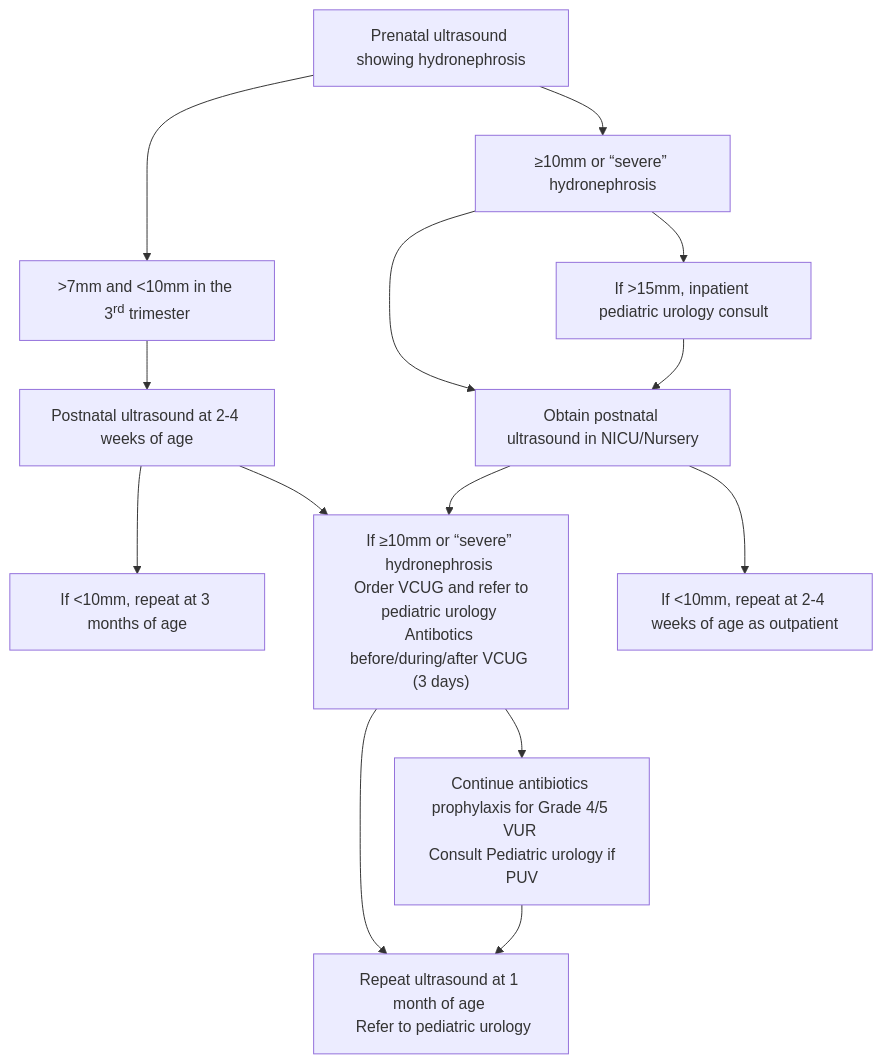
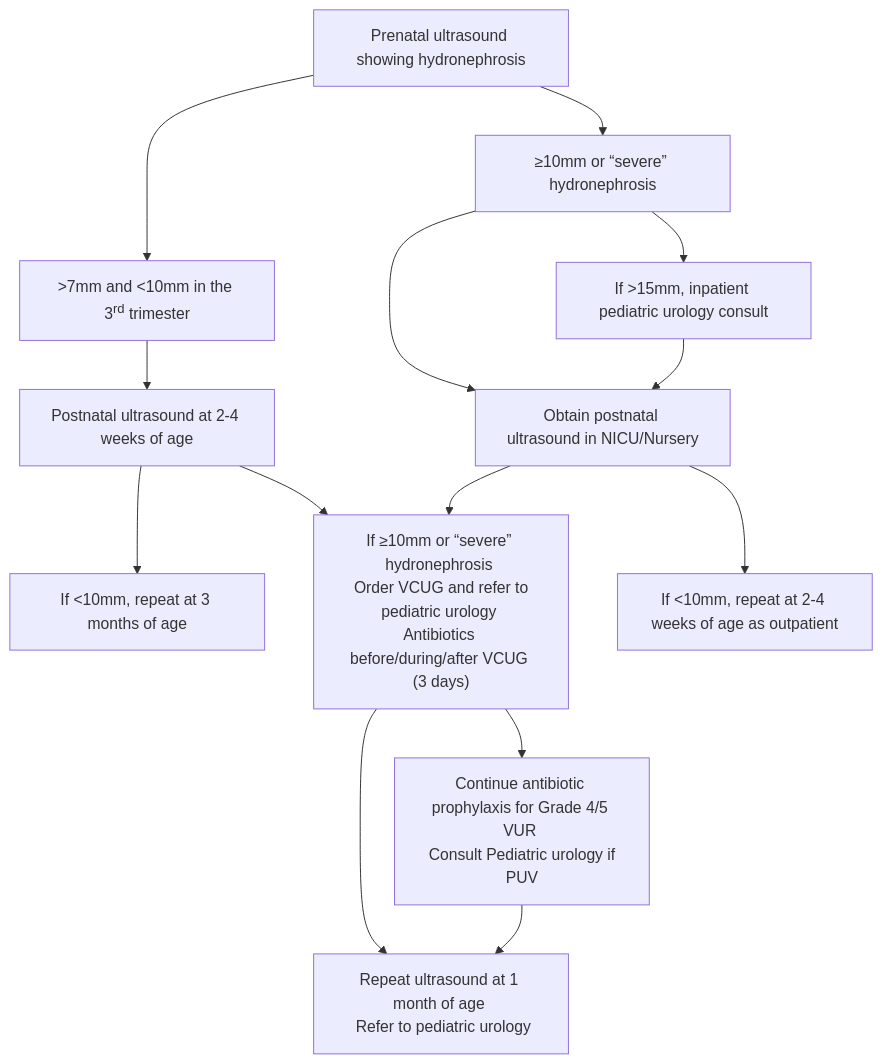
Before and after one commit to fschou-pxt/RMC-NICU-Manual: the diagram in renal-urology.qmd, drawn with Mermaid. The commit also changed other lines of this file and 25 other files, not shown here.

````diff
--- a/renal-urology.qmd
+++ b/renal-urology.qmd
@@ -33,16 +33,16 @@
 ```{mermaid}
 flowchart TD
   A["Prenatal ultrasound showing hydronephrosis"] --> B[">7mm and <10mm in the 3<sup>rd</sup> trimester"]
   A --> C["≥10mm or <q>severe</q> hydronephrosis"]
   B --> D["Postnatal ultrasound at 2-4 weeks of age"]
   C --> E["Obtain postnatal ultrasound in NICU/Nursery"]
   D --> F["If <10mm, repeat at 3 months of age"]
-  D --> G["If ≥10mm or <q>severe</q> hydronephrosis <br> Order VCUG and refer to pediatric urology <br>Antibotics before/during/after VCUG (3 days)"]
+  D --> G["If ≥10mm or <q>severe</q> hydronephrosis <br> Order VCUG and refer to pediatric urology <br>Antibiotics before/during/after VCUG (3 days)"]
   E --> G
-  G --> H["Continue antibiotics prophylaxis for Grade 4/5 VUR <br> Consult Pediatric urology if PUV"]
+  G --> H["Continue antibiotic prophylaxis for Grade 4/5 VUR <br> Consult Pediatric urology if PUV"]
   G --> I["Repeat ultrasound at 1 month of age <br> Refer to pediatric urology"]
   H --> I
   E --> J["If <10mm, repeat at 2-4 weeks of age as outpatient"]
   C --> K["If >15mm, inpatient pediatric urology consult"]
   K --> E
 ```
````
